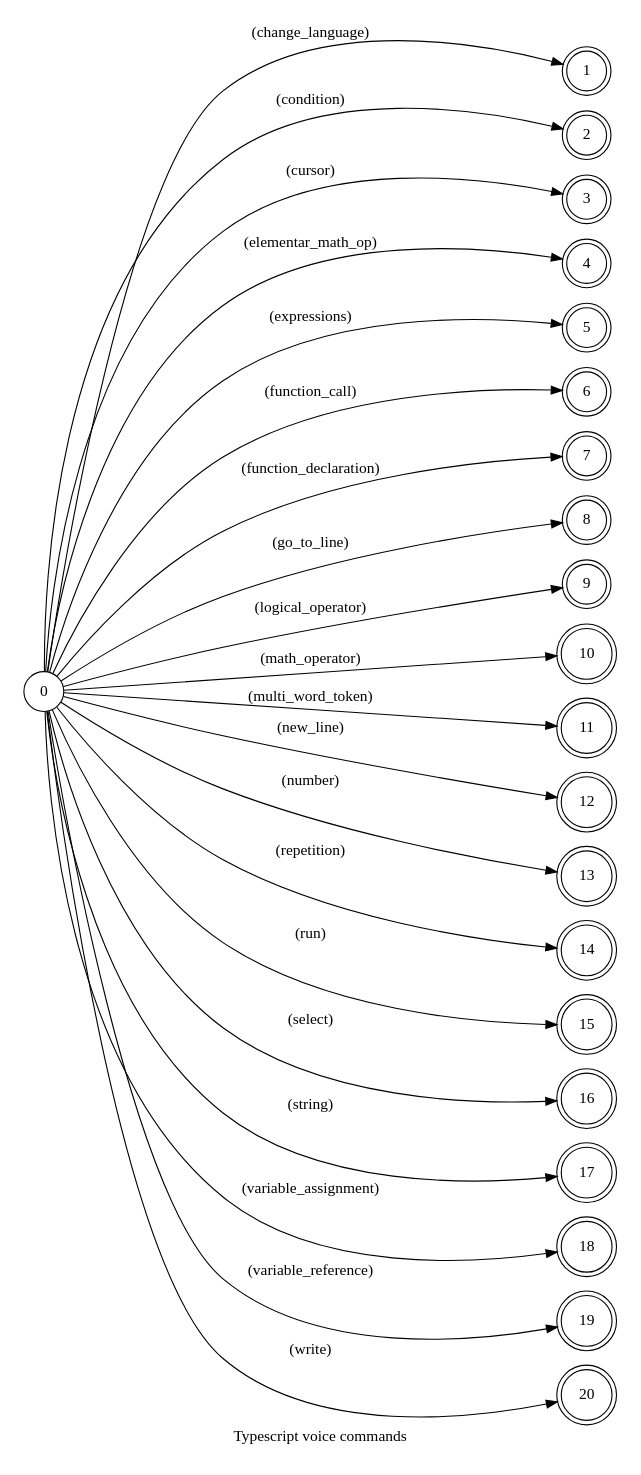
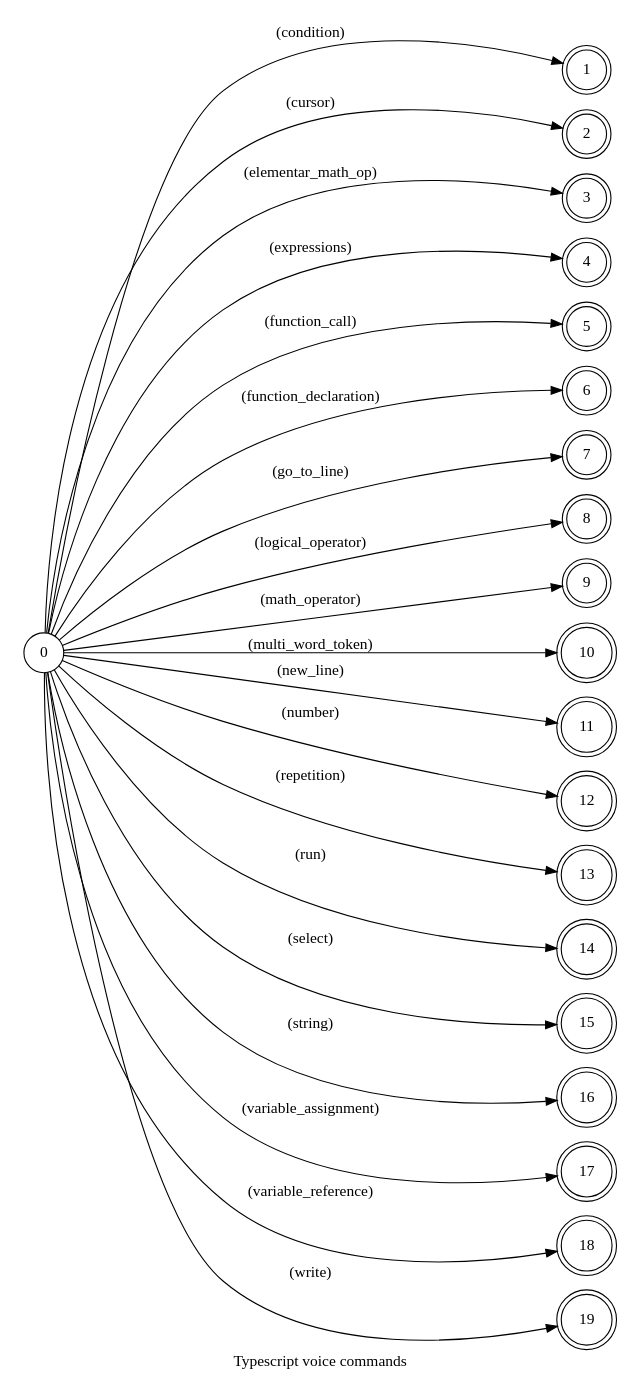
One commit to pedrooaugusto/speech-to-code changed the diagram in spoken/src/modules/typescript/typescript.dot. Above: the diagram before and after it, drawn with Graphviz. The commit also changed 82 other files, not shown here.

```diff
--- a/spoken/src/modules/typescript/typescript.dot
+++ b/spoken/src/modules/typescript/typescript.dot
@@ -1,38 +1,37 @@
 digraph TypeScript {
     id="typescript";
     label="Typescript voice commands";
     lang="en-US";
     langName="English";
     pad="0.2";
     rankdir=LR;
     nodesep="0.2";
     ranksep="4";
     node[shape=circle]; 0;
     node[shape=doublecircle];
 
     // START GENERATED
-    0 -> 1 [label="(change_language)"];
-    0 -> 2 [label="(condition)"];
-    0 -> 3 [label="(cursor)"];
-    0 -> 4 [label="(elementar_math_op)"];
-    0 -> 5 [label="(expressions)"];
-    0 -> 6 [label="(function_call)"];
-    0 -> 7 [label="(function_declaration)"];
-    0 -> 8 [label="(go_to_line)"];
-    0 -> 9 [label="(logical_operator)"];
-    0 -> 10 [label="(math_operator)"];
-    0 -> 11 [label="(multi_word_token)"];
-    0 -> 12 [label="(new_line)"];
-    0 -> 13 [label="(number)"];
-    0 -> 14 [label="(repetition)"];
-    0 -> 15 [label="(run)"];
-    0 -> 16 [label="(select)"];
-    0 -> 17 [label="(string)"];
-    0 -> 18 [label="(variable_assignment)"];
-    0 -> 19 [label="(variable_reference)"];
-    0 -> 20 [label="(write)"];
+    0 -> 1 [label="(condition)"];
+    0 -> 2 [label="(cursor)"];
+    0 -> 3 [label="(elementar_math_op)"];
+    0 -> 4 [label="(expressions)"];
+    0 -> 5 [label="(function_call)"];
+    0 -> 6 [label="(function_declaration)"];
+    0 -> 7 [label="(go_to_line)"];
+    0 -> 8 [label="(logical_operator)"];
+    0 -> 9 [label="(math_operator)"];
+    0 -> 10 [label="(multi_word_token)"];
+    0 -> 11 [label="(new_line)"];
+    0 -> 12 [label="(number)"];
+    0 -> 13 [label="(repetition)"];
+    0 -> 14 [label="(run)"];
+    0 -> 15 [label="(select)"];
+    0 -> 16 [label="(string)"];
+    0 -> 17 [label="(variable_assignment)"];
+    0 -> 18 [label="(variable_reference)"];
+    0 -> 19 [label="(write)"];
     // END GENERATED
 
     title="Typescript voice commands";
     desc="Collection of voice commands of the typescript language";
 }
```
